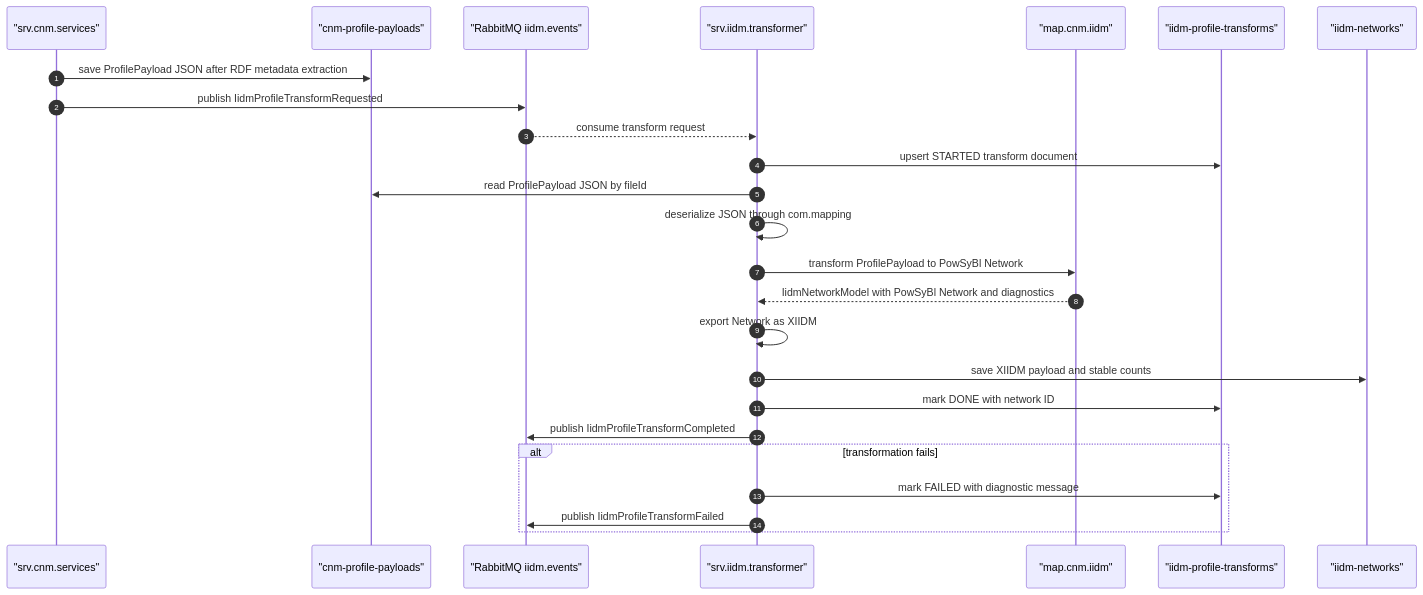
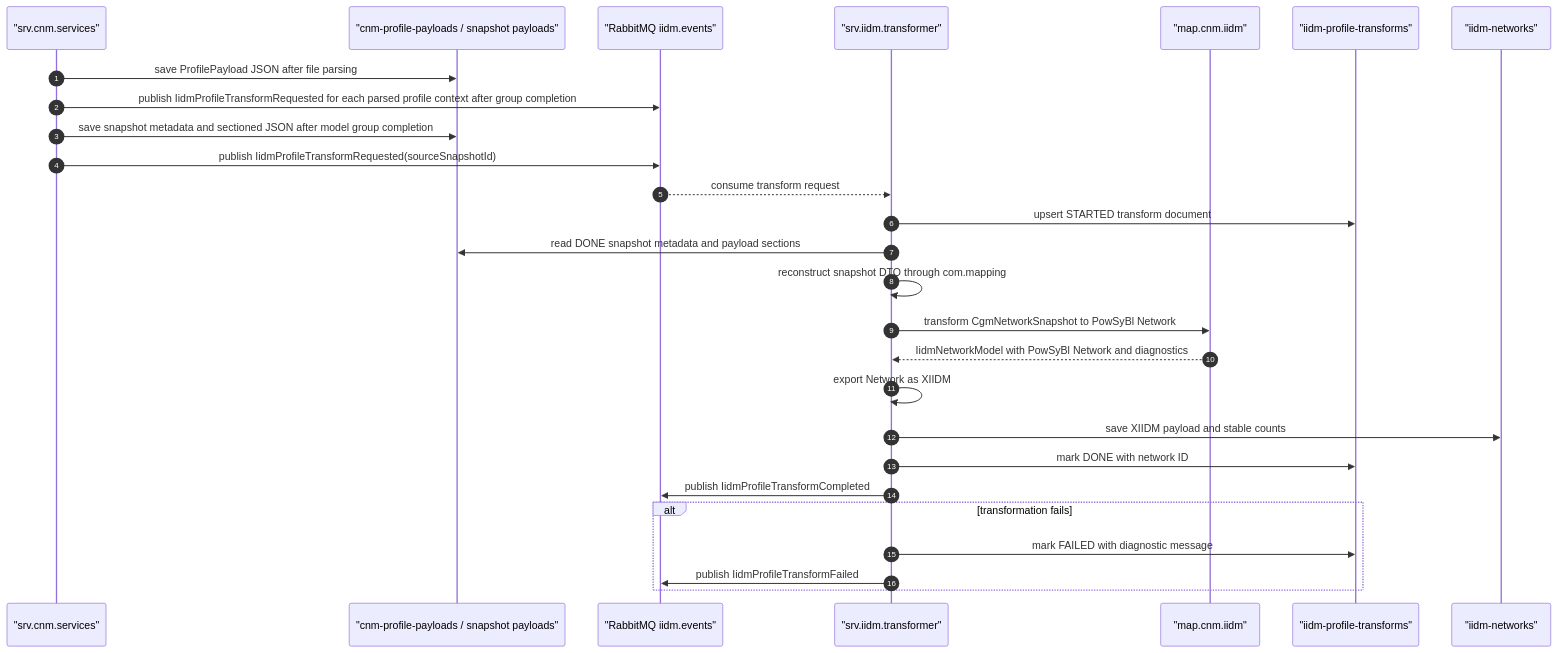
One commit to gsrinike/egm-suite changed the diagram in doc.arch/IIDM_TRANSFORMATION_DESIGN.md. Above: the diagram before and after it, drawn with Mermaid. The commit also changed other lines of this file and 51 other files, not shown here.

Commit message:
RDF Data flow Optimization

````diff
--- a/doc.arch/IIDM_TRANSFORMATION_DESIGN.md
+++ b/doc.arch/IIDM_TRANSFORMATION_DESIGN.md
@@ -79,29 +93,31 @@
 ```mermaid
 sequenceDiagram
     autonumber
     participant CNM as "srv.cnm.services"
-    participant CnmPayloads as "cnm-profile-payloads"
+    participant CnmPayloads as "cnm-profile-payloads / snapshot payloads"
     participant Events as "RabbitMQ iidm.events"
     participant IIDM as "srv.iidm.transformer"
     participant Mapping as "map.cnm.iidm"
     participant TransformIndex as "iidm-profile-transforms"
     participant NetworkIndex as "iidm-networks"
 
-    CNM->>CnmPayloads: save ProfilePayload JSON after RDF metadata extraction
-    CNM->>Events: publish IidmProfileTransformRequested
+    CNM->>CnmPayloads: save ProfilePayload JSON after file parsing
+    CNM->>Events: publish IidmProfileTransformRequested for each parsed profile context after group completion
+    CNM->>CnmPayloads: save snapshot metadata and sectioned JSON after model group completion
+    CNM->>Events: publish IidmProfileTransformRequested(sourceSnapshotId)
     Events-->>IIDM: consume transform request
     IIDM->>TransformIndex: upsert STARTED transform document
-    IIDM->>CnmPayloads: read ProfilePayload JSON by fileId
-    IIDM->>IIDM: deserialize JSON through com.mapping
-    IIDM->>Mapping: transform ProfilePayload to PowSyBl Network
+    IIDM->>CnmPayloads: read DONE snapshot metadata and payload sections
+    IIDM->>IIDM: reconstruct snapshot DTO through com.mapping
+    IIDM->>Mapping: transform CgmNetworkSnapshot to PowSyBl Network
     Mapping-->>IIDM: IidmNetworkModel with PowSyBl Network and diagnostics
     IIDM->>IIDM: export Network as XIIDM
     IIDM->>NetworkIndex: save XIIDM payload and stable counts
     IIDM->>TransformIndex: mark DONE with network ID
     IIDM->>Events: publish IidmProfileTransformCompleted
 
     alt transformation fails
         IIDM->>TransformIndex: mark FAILED with diagnostic message
         IIDM->>Events: publish IidmProfileTransformFailed
     end
 ```
````
